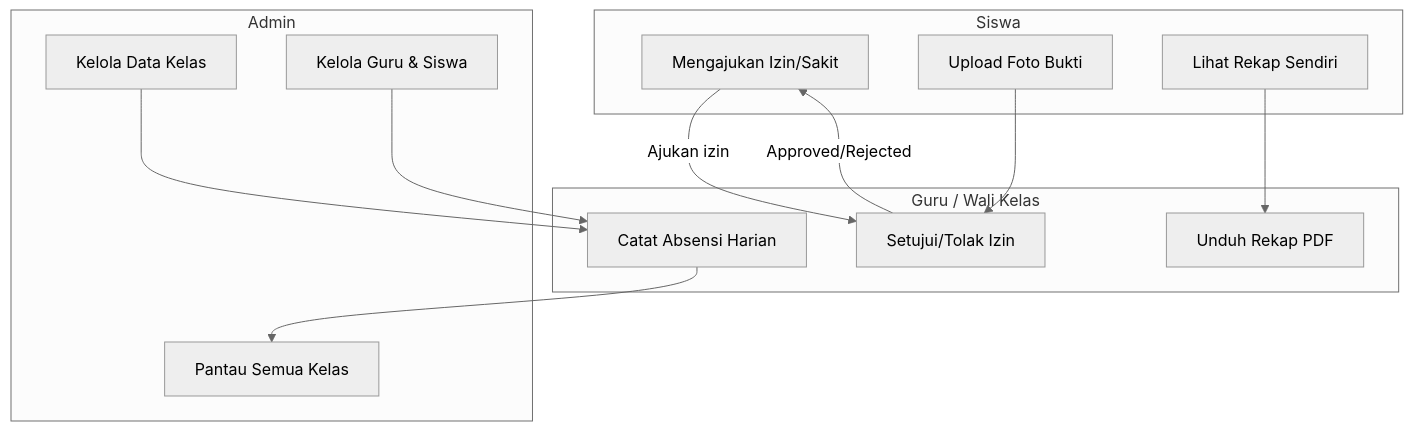
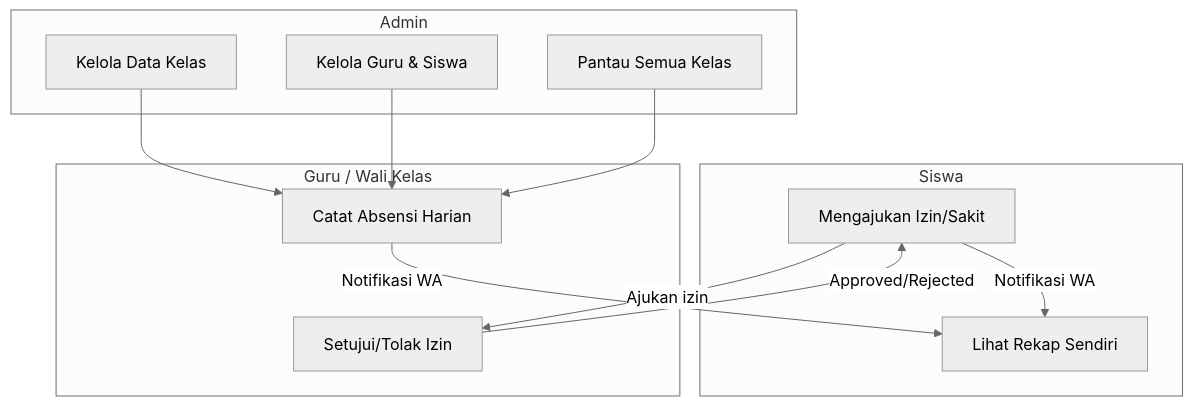
Before and after one commit to georgemillerrr43/Rekab-kelas: the diagram in README.md, drawn with Mermaid (neutral theme). The commit also changed other lines of this file and 4 other files, not shown here.

````diff
--- a/README.md
+++ b/README.md
@@ -7,28 +17,26 @@
 ```mermaid
 flowchart TB
     subgraph SISWA["Siswa"]
         A1[Mengajukan Izin/Sakit]
-        A2[Upload Foto Bukti]
-        A3[Lihat Rekap Sendiri]
+        A2[Lihat Rekap Sendiri]
     end
 
     subgraph GURU["Guru / Wali Kelas"]
         B1[Catat Absensi Harian]
         B2[Setujui/Tolak Izin]
-        B3[Unduh Rekap PDF]
     end
 
     subgraph ADMIN["Admin"]
         C1[Kelola Data Kelas]
         C2[Kelola Guru & Siswa]
         C3[Pantau Semua Kelas]
     end
 
     A1 -->|Ajukan izin| B2
-    A2 --> B2
-    A3 --> B3
-    B1 --> C3
+    A1 -->|Notifikasi WA| A2
+    B1 -->|Notifikasi WA| A2
     B2 -->|Approved/Rejected| A1
     C1 --> B1
     C2 --> B1
+    C3 --> B1
 ```
````
